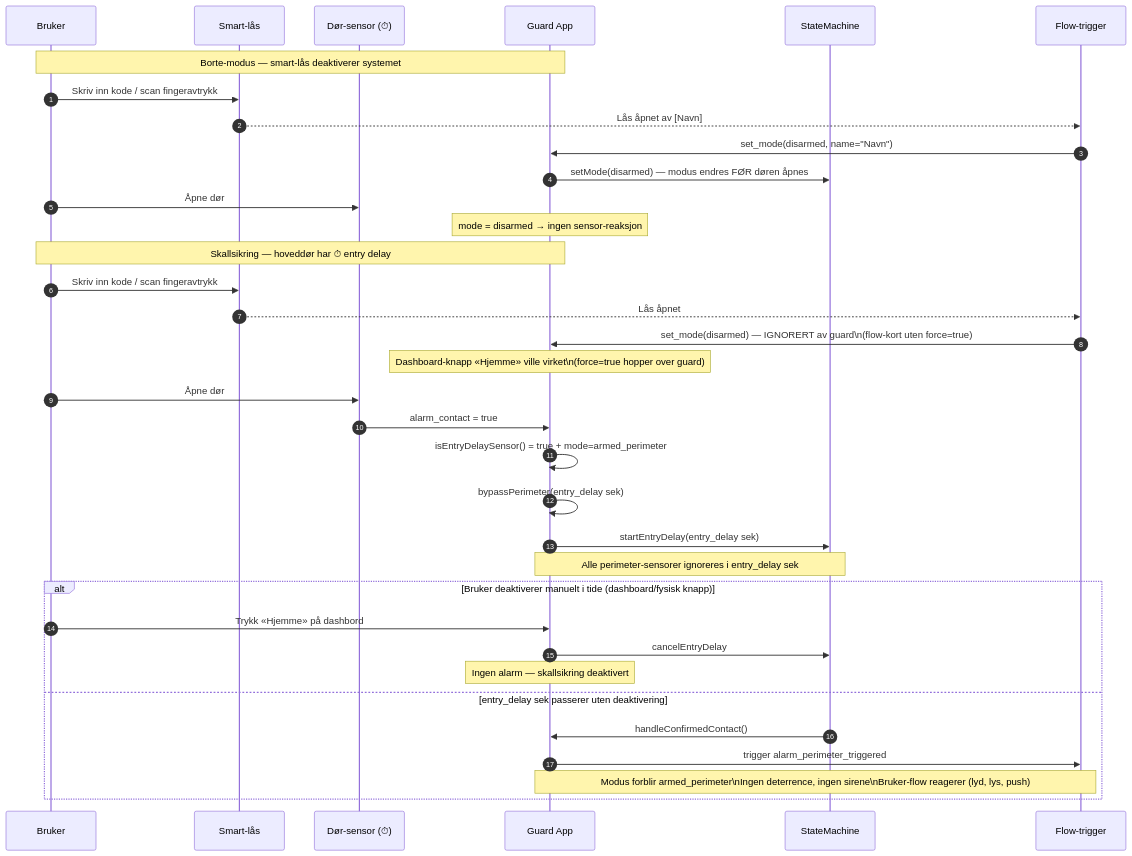
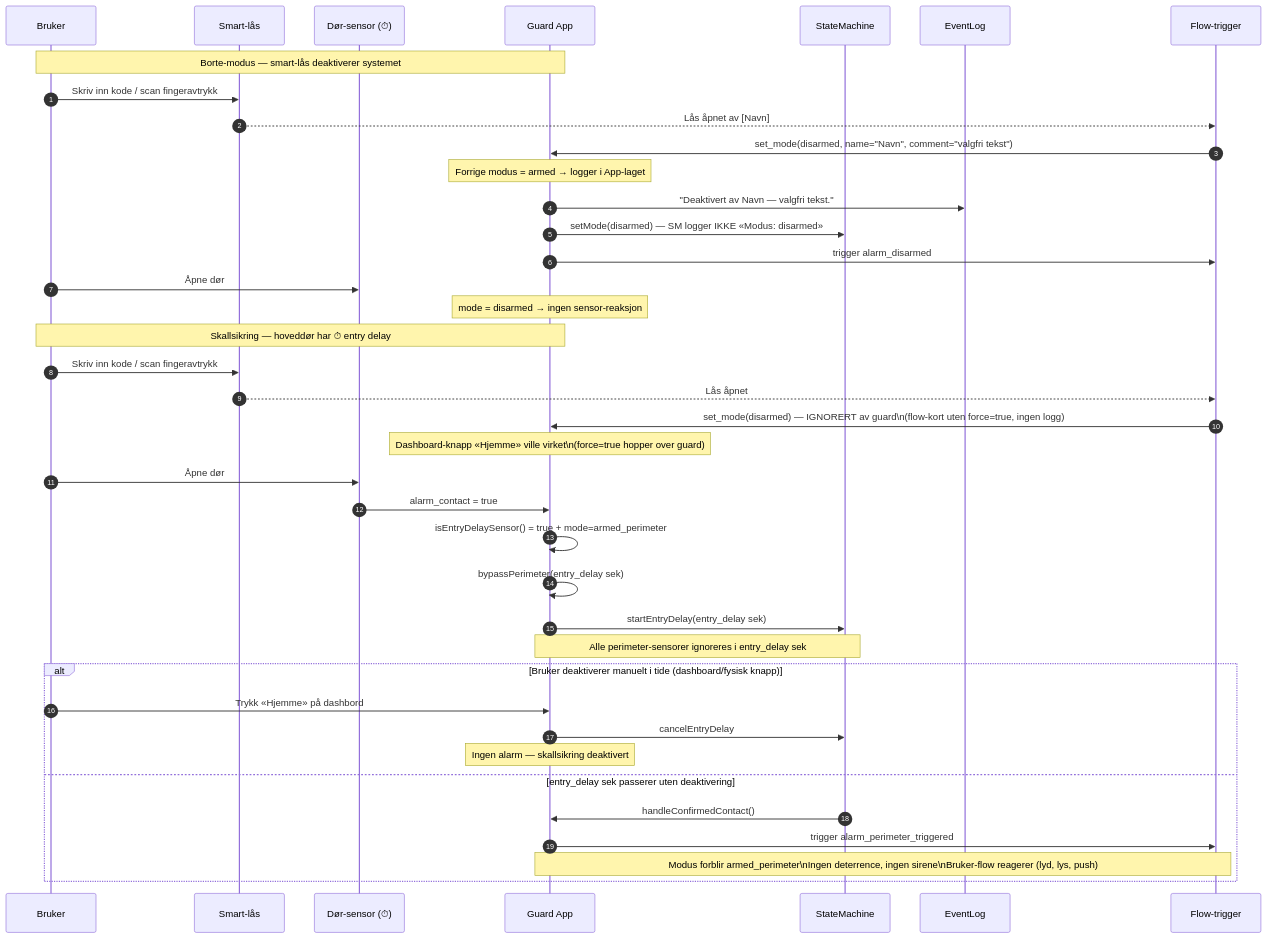
Before and after one commit to thomasekdahlN/mccallisterguard: the fourth of 5 diagrams in README.md, drawn with Mermaid. The commit also changed other lines of this file and 4 other files, not shown here.

First line of the commit message:
feat(logging): reduce log noise for mode changes and door events

````diff
--- a/README.md
+++ b/README.md
@@ -171,39 +171,43 @@
 ```mermaid
 sequenceDiagram
   autonumber
   participant U as Bruker
   participant L as Smart-lås
   participant D as Dør-sensor (⏱)
   participant App as Guard App
   participant SM as StateMachine
+  participant EL as EventLog
   participant F as Flow-trigger
 
   Note over U,App: Borte-modus — smart-lås deaktiverer systemet
   U->>L: Skriv inn kode / scan fingeravtrykk
   L-->>F: Lås åpnet av [Navn]
-  F->>App: set_mode(disarmed, name="Navn")
-  App->>SM: setMode(disarmed) — modus endres FØR døren åpnes
+  F->>App: set_mode(disarmed, name="Navn", comment="valgfri tekst")
+  Note over App: Forrige modus = armed → logger i App-laget
+  App->>EL: "Deaktivert av Navn — valgfri tekst."
+  App->>SM: setMode(disarmed) — SM logger IKKE «Modus: disarmed»
+  App->>F: trigger alarm_disarmed
   U->>D: Åpne dør
   Note over App: mode = disarmed → ingen sensor-reaksjon
 
   Note over U,App: Skallsikring — hoveddør har ⏱ entry delay
   U->>L: Skriv inn kode / scan fingeravtrykk
   L-->>F: Lås åpnet
-  F->>App: set_mode(disarmed) — IGNORERT av guard\n(flow-kort uten force=true)
+  F->>App: set_mode(disarmed) — IGNORERT av guard\n(flow-kort uten force=true, ingen logg)
   Note over App: Dashboard-knapp «Hjemme» ville virket\n(force=true hopper over guard)
   U->>D: Åpne dør
   D->>App: alarm_contact = true
   App->>App: isEntryDelaySensor() = true + mode=armed_perimeter
   App->>App: bypassPerimeter(entry_delay sek)
   App->>SM: startEntryDelay(entry_delay sek)
   Note over App,SM: Alle perimeter-sensorer ignoreres i entry_delay sek
   alt Bruker deaktiverer manuelt i tide (dashboard/fysisk knapp)
     U->>App: Trykk «Hjemme» på dashbord
     App->>SM: cancelEntryDelay
     Note over App: Ingen alarm — skallsikring deaktivert
   else entry_delay sek passerer uten deaktivering
     SM->>App: handleConfirmedContact()
     App->>F: trigger alarm_perimeter_triggered
     Note over App,F: Modus forblir armed_perimeter\nIngen deterrence, ingen sirene\nBruker-flow reagerer (lyd, lys, push)
   end
 ```
````
